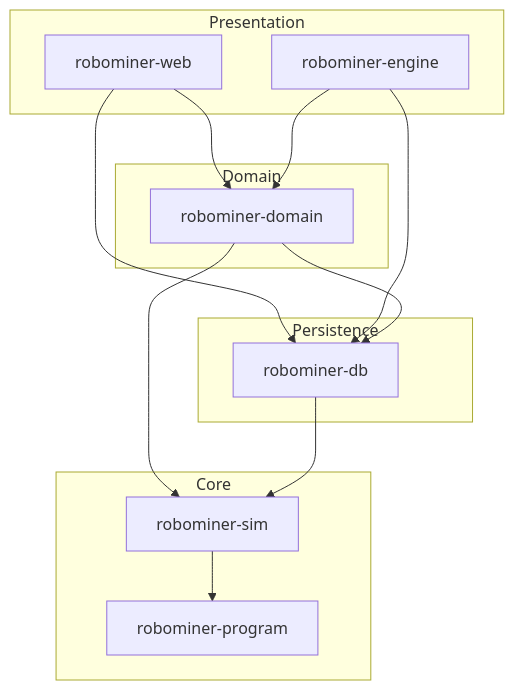
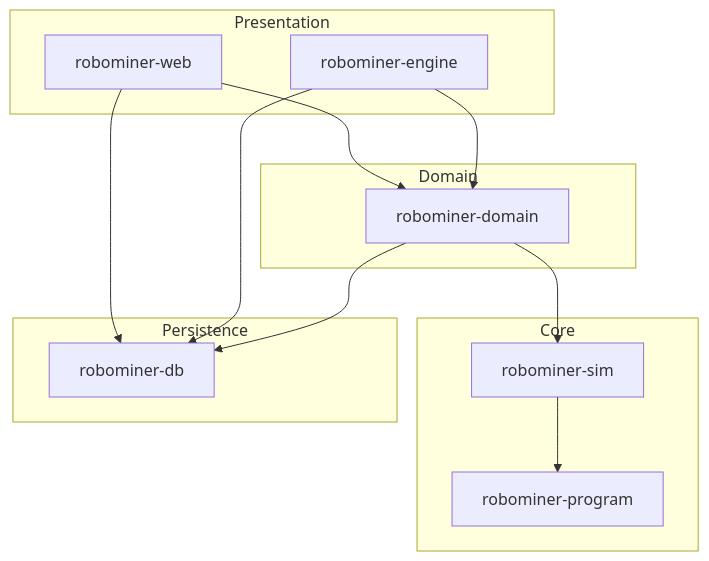
Before and after one commit to arnoudja/RoboMinerRs: the diagram in docs/architecture.md, drawn with Mermaid. The commit also changed 4 other files, not shown here.

````diff
--- a/docs/architecture.md
+++ b/docs/architecture.md
@@ -7,25 +7,24 @@
 ```mermaid
 flowchart TB
   subgraph presentation [Presentation]
     web[robominer-web]
     engine[robominer-engine]
   end
   subgraph domain [Domain]
     dom[robominer-domain]
   end
   subgraph core [Core]
     sim[robominer-sim]
     prog[robominer-program]
   end
   subgraph persistence [Persistence]
     db[robominer-db]
   end
   web --> dom
   web --> db
   engine --> dom
   engine --> db
   dom --> db
   dom --> sim
   sim --> prog
-  db --> sim
 ```
````
